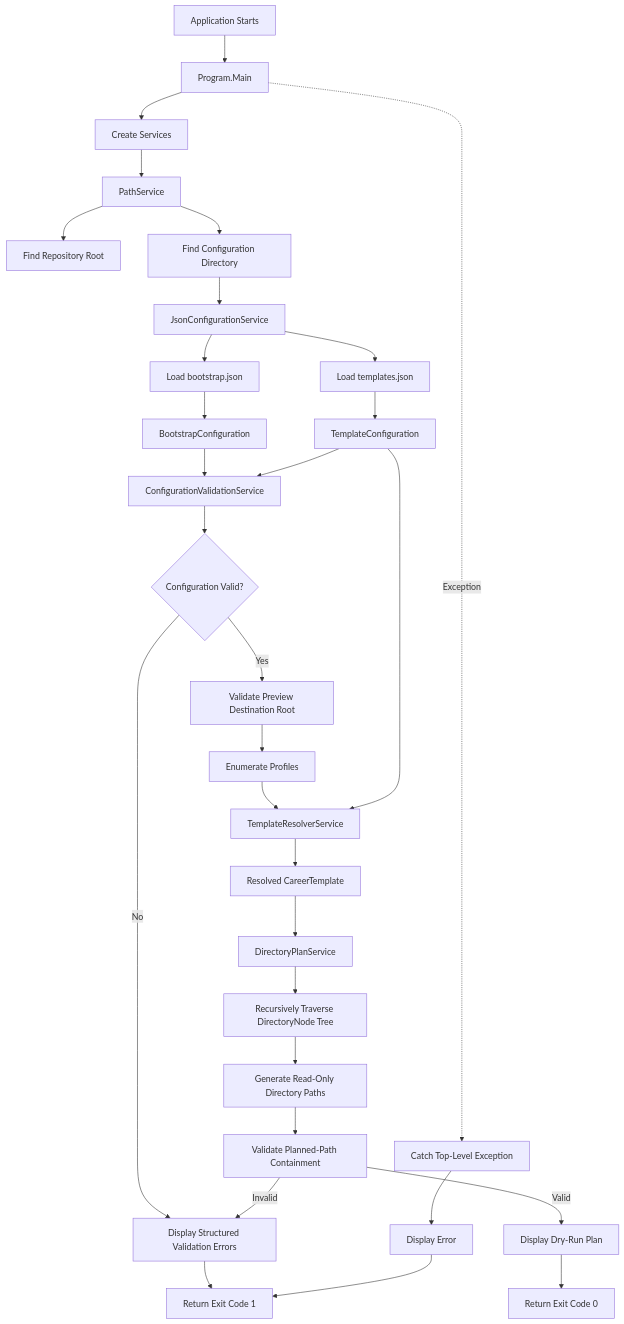
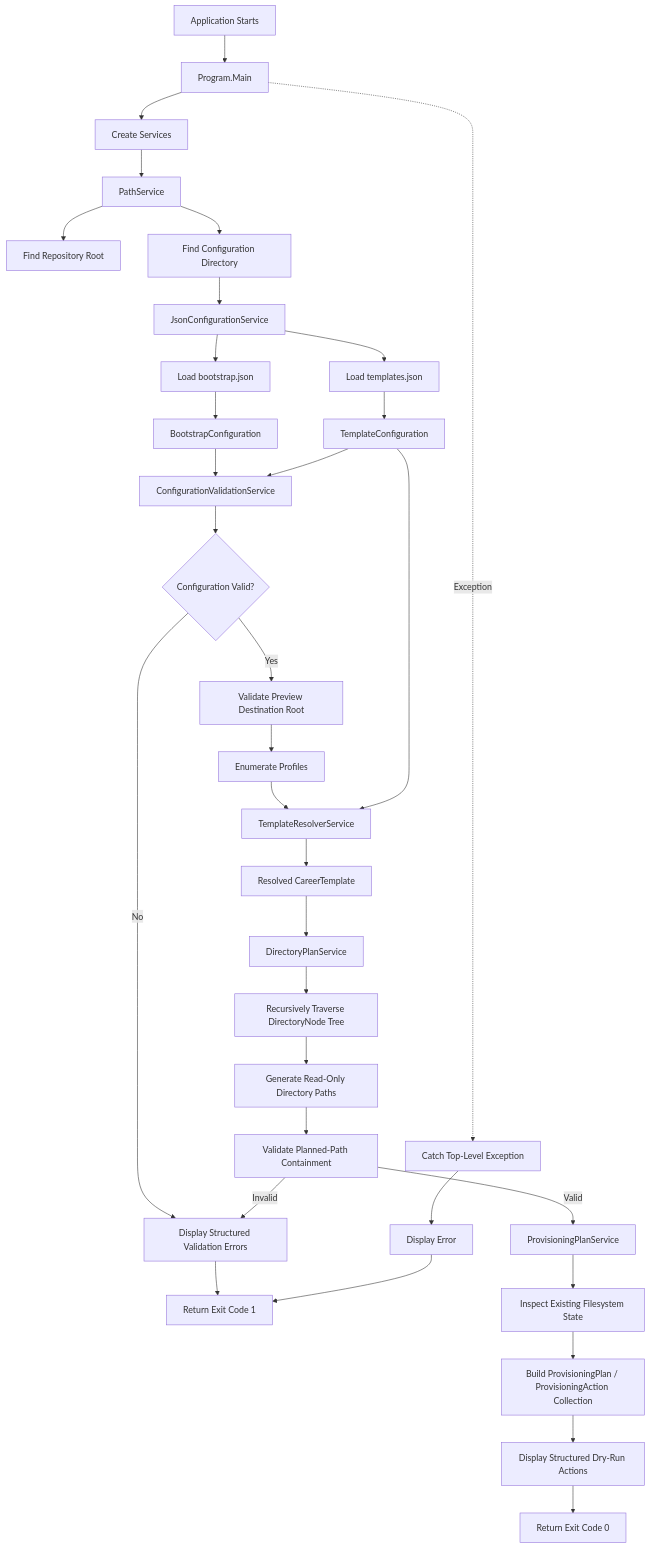
One commit to ChrisLThompson/CareerOS.Bootstrap changed the diagram in Documentation/Architecture/CURRENT_STATE.md. Above: the diagram before and after it, drawn with Mermaid. The commit also changed other lines of this file and 15 other files, not shown here.

Commit message:
docs: synchronize m4 provisioning plan documentation

````diff
--- a/Documentation/Architecture/CURRENT_STATE.md
+++ b/Documentation/Architecture/CURRENT_STATE.md
@@ -54,45 +58,48 @@
 ```mermaid
 flowchart TD
     A[Application Starts] --> B[Program.Main]
     B --> C[Create Services]
 
     C --> D[PathService]
     D --> E[Find Repository Root]
     D --> F[Find Configuration Directory]
 
     F --> G[JsonConfigurationService]
     G --> H[Load bootstrap.json]
     G --> I[Load templates.json]
 
     H --> J[BootstrapConfiguration]
     I --> K[TemplateConfiguration]
 
     J --> L[ConfigurationValidationService]
     K --> L
     L --> M{Configuration Valid?}
 
     M -->|No| N[Display Structured Validation Errors]
     N --> Z[Return Exit Code 1]
 
     M -->|Yes| O[Validate Preview Destination Root]
     O --> P[Enumerate Profiles]
 
     P --> Q[TemplateResolverService]
     K --> Q
     Q --> R[Resolved CareerTemplate]
 
     R --> S[DirectoryPlanService]
     S --> T[Recursively Traverse DirectoryNode Tree]
 
     T --> U[Generate Read-Only Directory Paths]
     U --> V[Validate Planned-Path Containment]
 
     V -->|Invalid| N
-    V -->|Valid| W[Display Dry-Run Plan]
+    V -->|Valid| W[ProvisioningPlanService]
 
-    W --> X[Return Exit Code 0]
+    W --> X[Inspect Existing Filesystem State]
+    X --> Y[Build ProvisioningPlan / ProvisioningAction Collection]
+    Y --> AA[Display Structured Dry-Run Actions]
+    AA --> AB[Return Exit Code 0]
 
-    B -. Exception .-> Y[Catch Top-Level Exception]
-    Y --> AA[Display Error]
-    AA --> Z
+    B -. Exception .-> AC[Catch Top-Level Exception]
+    AC --> AD[Display Error]
+    AD --> Z
 ```
````
